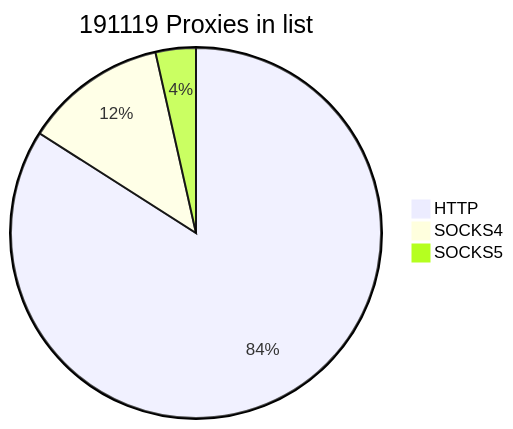
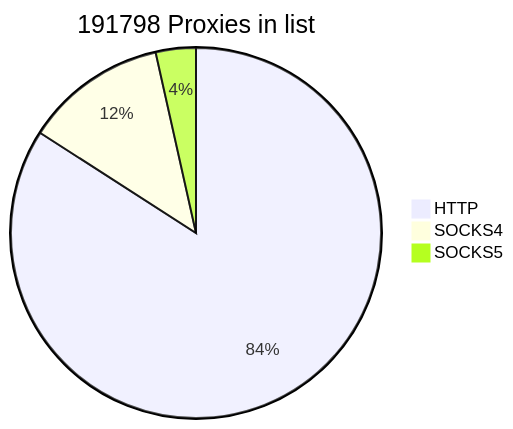
The first of 2 diagrams in README.md (cutipu/proxylist), drawn with Mermaid before and after one commit. The commit also changed other lines of this file, not shown here.

````diff
--- a/README.md
+++ b/README.md
@@ -2,7 +2,7 @@
 ```mermaid
-pie title 191119 Proxies in list
-    "HTTP" : 160599
-    "SOCKS4" : 23801
-    "SOCKS5" : 6719
+pie title 191798 Proxies in list
+    "HTTP" : 161285
+    "SOCKS4" : 23800
+    "SOCKS5" : 6713
             
 ```
````
